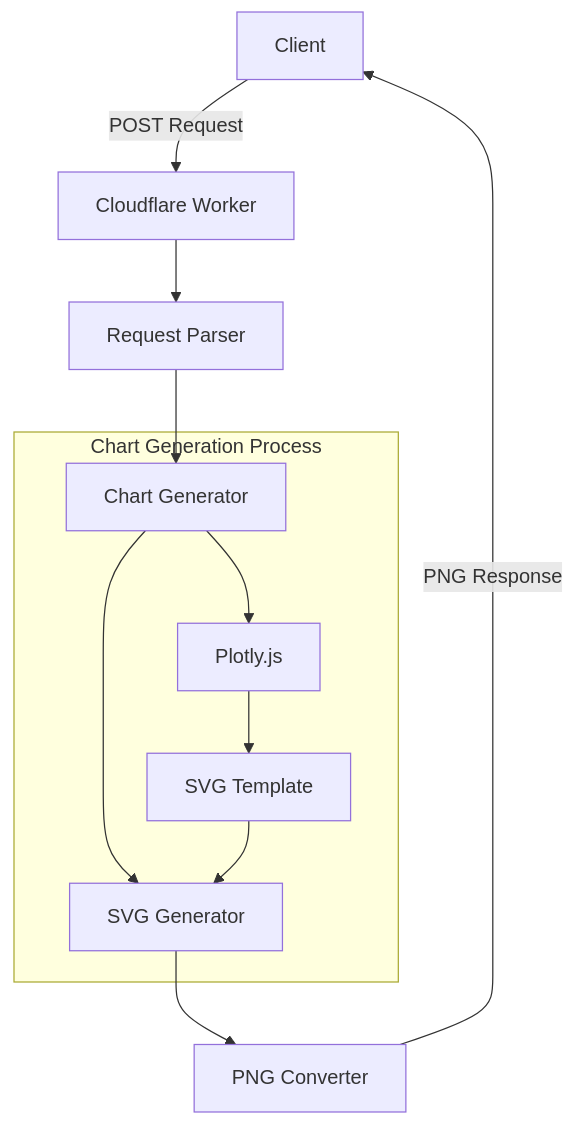
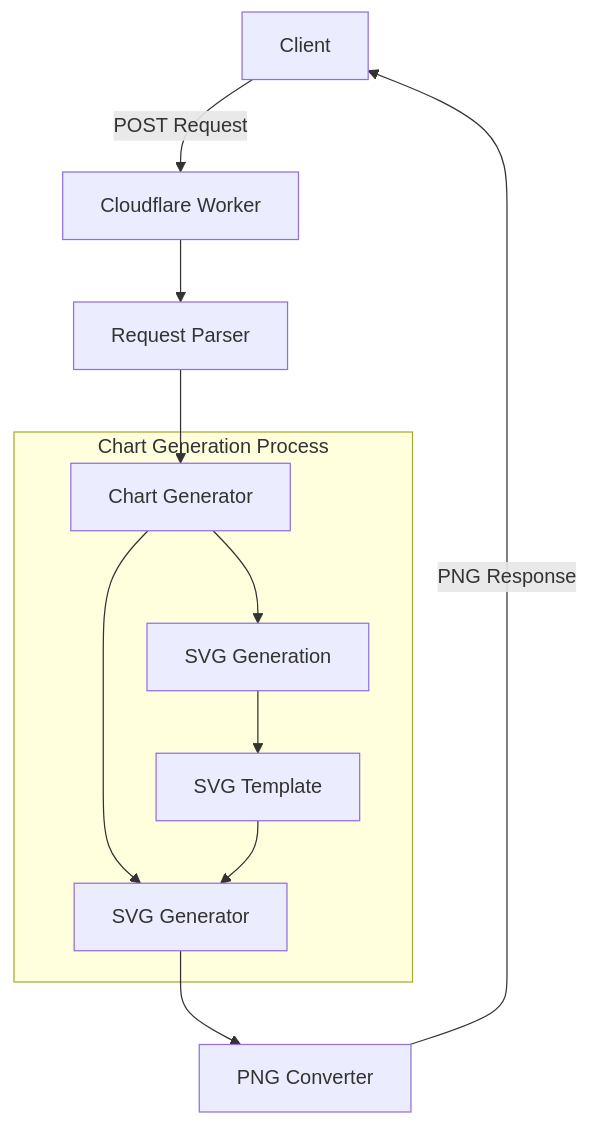
Before and after one commit to kazuph/rust-chart-worker: the diagram in docs/architecture.md, drawn with Mermaid. The commit also changed other lines of this file and 2 other files, not shown here.

First line of the commit message:
🔥 chore: remove unused plotly dependency

````diff
--- a/docs/architecture.md
+++ b/docs/architecture.md
@@ -9,15 +9,15 @@
 ```mermaid
 graph TD
     A[Client] -->|POST Request| B[Cloudflare Worker]
     B --> C[Request Parser]
     C --> D[Chart Generator]
     D --> E[SVG Generator]
     E --> F[PNG Converter]
     F -->|PNG Response| A
 
     subgraph Chart Generation Process
-        D --> D1[Plotly.js]
+        D --> D1[SVG Generation]
         D1 --> D2[SVG Template]
         D2 --> E
     end
 ```
````
